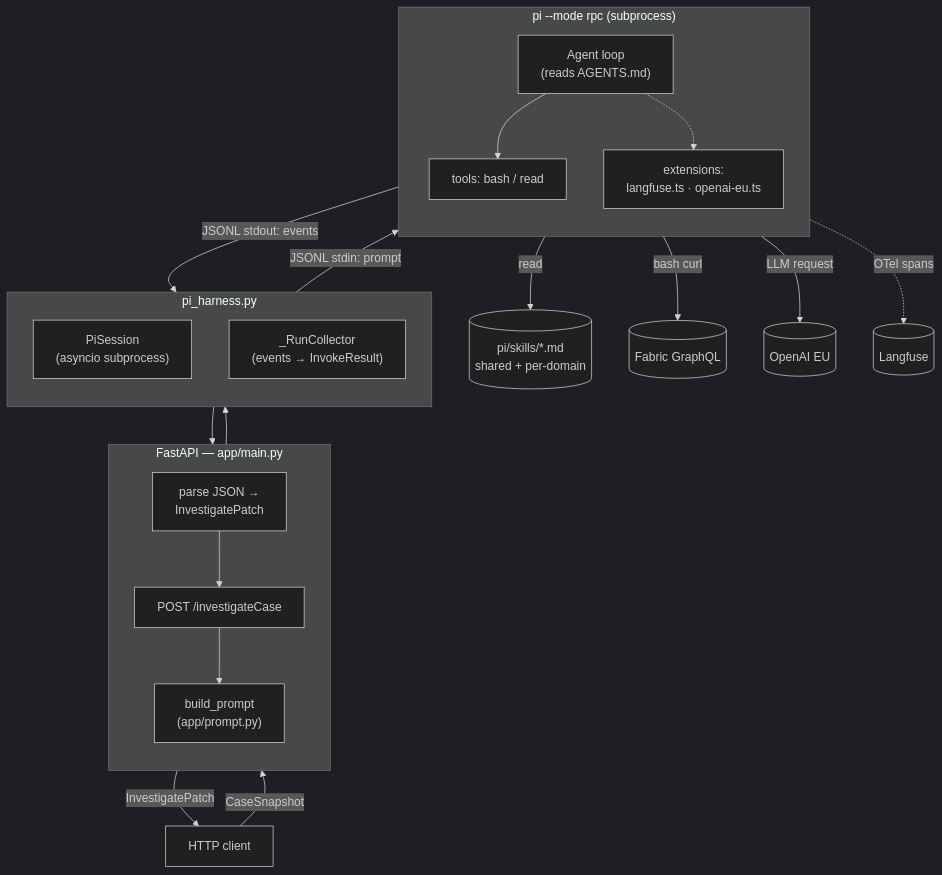
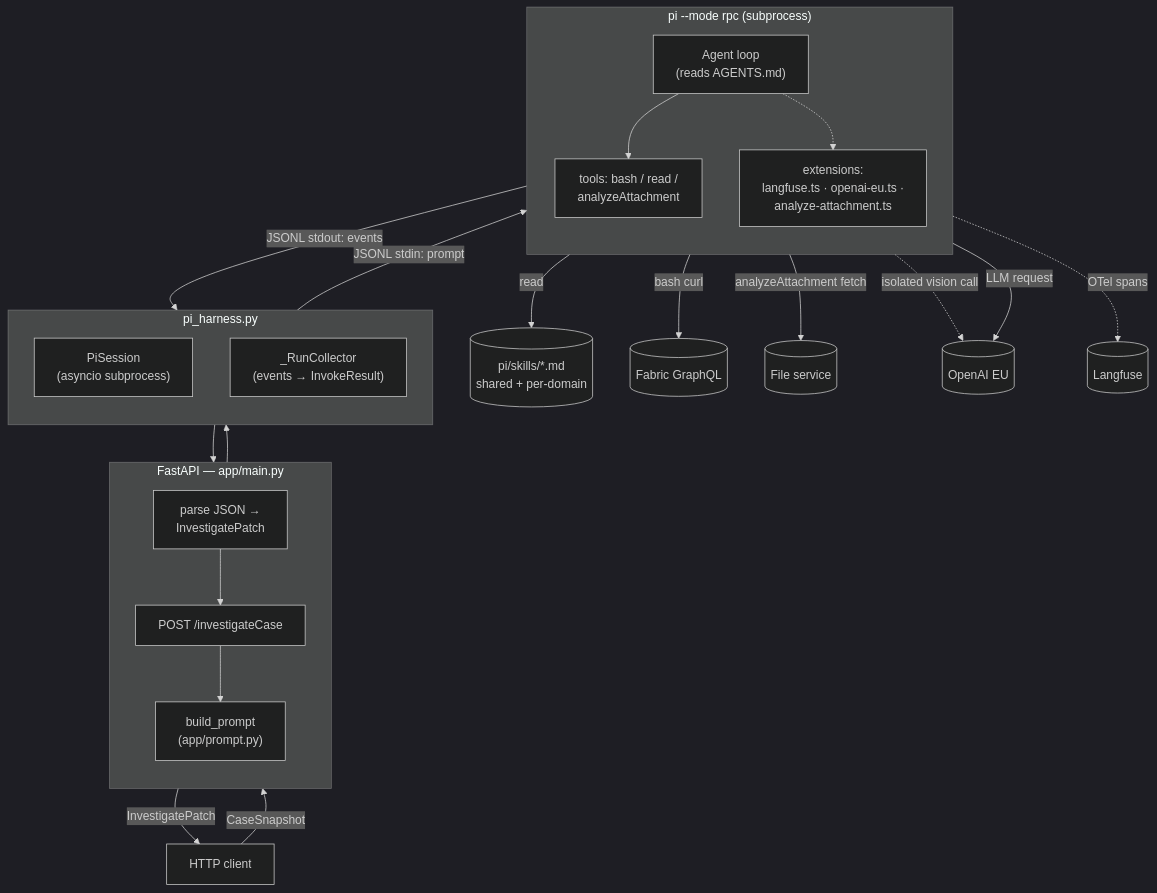
One commit to RobinMoRi/ai-hackday-agent-harness changed the diagram in README.md. Above: the diagram before and after it, drawn with Mermaid (dark theme). The commit also changed other lines of this file, not shown here.

First line of the commit message:
docs: document analyzeAttachment in README

````diff
--- a/README.md
+++ b/README.md
@@ -14,45 +14,48 @@
 ```mermaid
 flowchart TB
     Client[HTTP client]
 
     subgraph FastAPI["FastAPI — app/main.py"]
         direction TB
         Endpoint["POST /investigateCase"]
         Prompt["build_prompt<br/>(app/prompt.py)"]
         Parse["parse JSON →<br/>InvestigatePatch"]
         Endpoint --> Prompt
         Parse --> Endpoint
     end
 
     subgraph Harness["pi_harness.py"]
         direction TB
         Session["PiSession<br/>(asyncio subprocess)"]
         Collector["_RunCollector<br/>(events → InvokeResult)"]
     end
 
     subgraph PiProc["pi --mode rpc (subprocess)"]
         direction TB
         Agent["Agent loop<br/>(reads AGENTS.md)"]
-        Tools["tools: bash / read"]
-        Exts["extensions:<br/>langfuse.ts · openai-eu.ts"]
+        Tools["tools: bash / read /<br/>analyzeAttachment"]
+        Exts["extensions:<br/>langfuse.ts · openai-eu.ts ·<br/>analyze-attachment.ts"]
         Agent --> Tools
         Agent -.-> Exts
     end
 
     Skills[("pi/skills/*.md<br/>shared + per-domain")]
     GQL[("Fabric GraphQL")]
+    FS[("File service")]
     LLM[("OpenAI EU")]
     LF[("Langfuse")]
 
     Client -->|"CaseSnapshot"| Endpoint
     Prompt --> Session
     Session -->|"JSONL stdin: prompt"| Agent
     Agent -->|"JSONL stdout: events"| Collector
     Collector --> Parse
     Endpoint -->|"InvestigatePatch"| Client
 
     Tools -->|"read"| Skills
     Tools -->|"bash curl"| GQL
+    Tools -->|"analyzeAttachment fetch"| FS
+    Tools -.->|"isolated vision call"| LLM
     Agent -->|"LLM request"| LLM
     Exts -.->|"OTel spans"| LF
 ```
````
